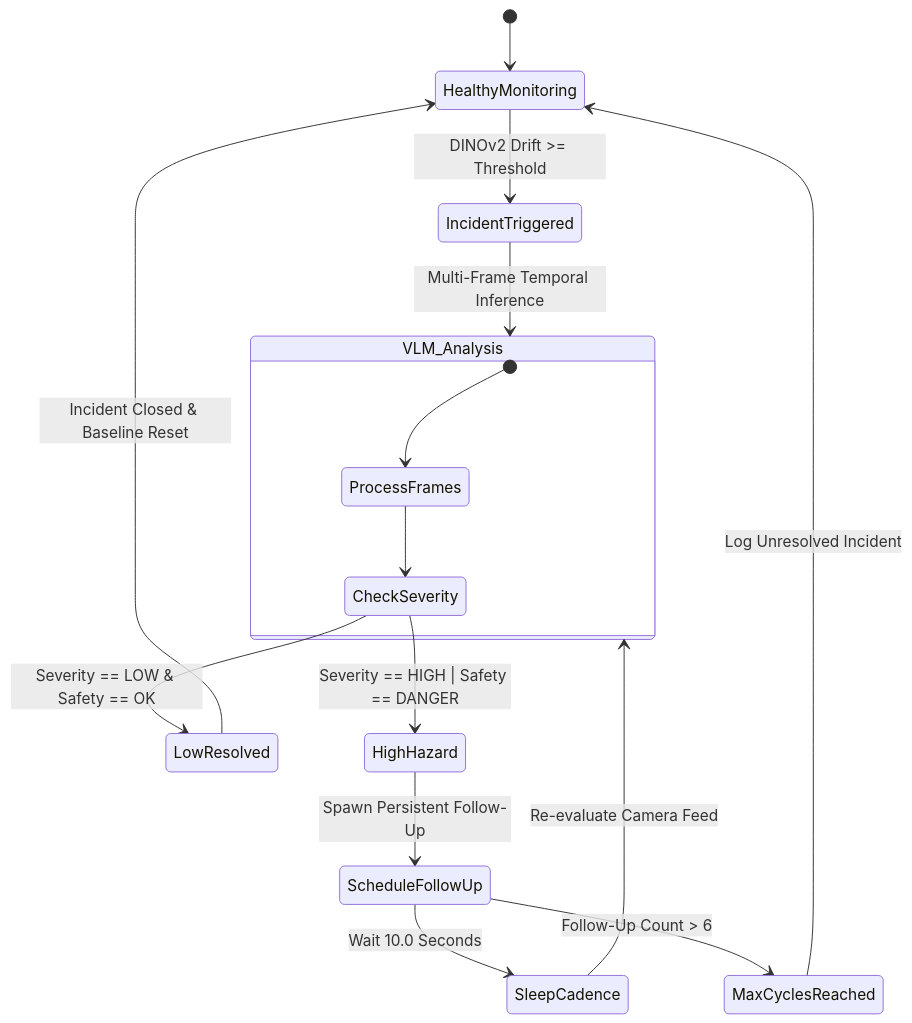
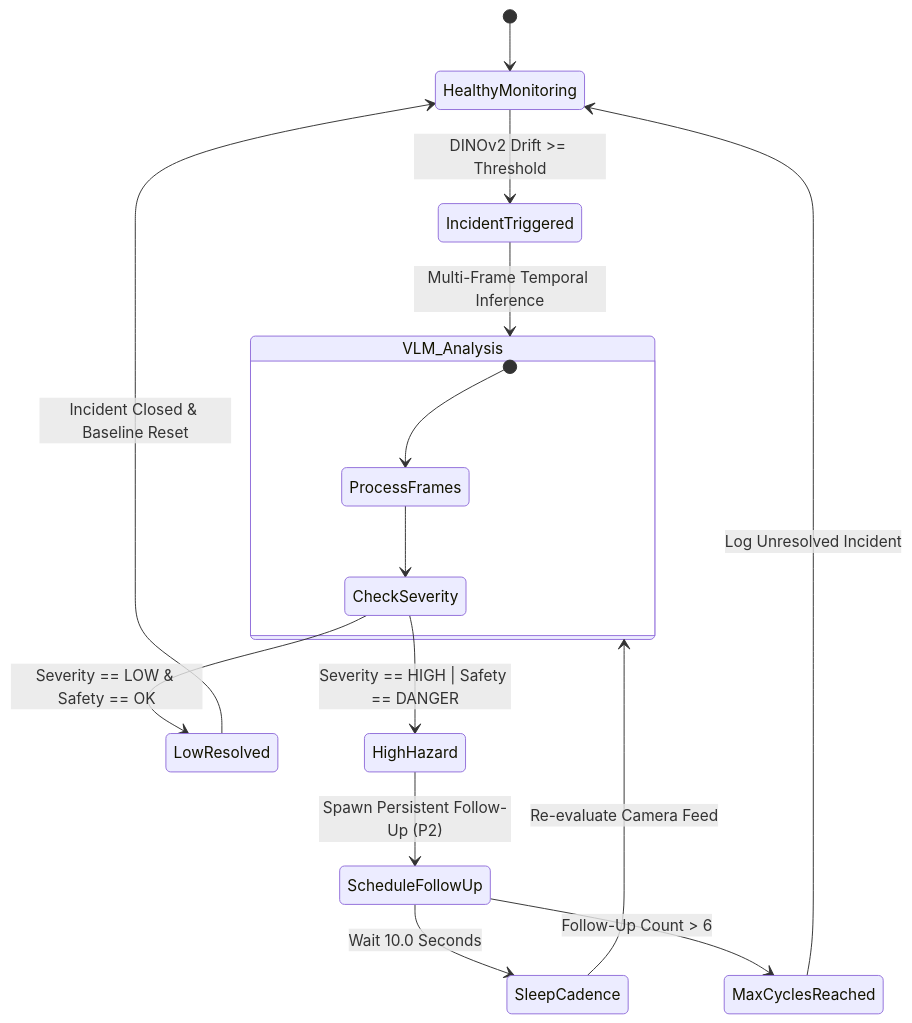
Before and after one commit to kaushikvarma-create/RapidAlert: the second of 2 diagrams in docs/technical_deep_dive.md, drawn with Mermaid. The commit also changed other lines of this file and 1 other file, not shown here.

Commit message:
docs: expand README and technical deepdive with two-tier priority queuing architecture, MIG load balancing, and performance telemetry

````diff
--- a/docs/technical_deep_dive.md
+++ b/docs/technical_deep_dive.md
@@ -227,24 +259,24 @@
 ```mermaid
 stateDiagram-v2
     [*] --> HealthyMonitoring
     HealthyMonitoring --> IncidentTriggered: DINOv2 Drift >= Threshold
     
     IncidentTriggered --> VLM_Analysis: Multi-Frame Temporal Inference
     
     state VLM_Analysis {
         [*] --> ProcessFrames
         ProcessFrames --> CheckSeverity
     }
     
     CheckSeverity --> LowResolved: Severity == LOW & Safety == OK
     CheckSeverity --> HighHazard: Severity == HIGH | Safety == DANGER
     
     LowResolved --> HealthyMonitoring: Incident Closed & Baseline Reset
-    HighHazard --> ScheduleFollowUp: Spawn Persistent Follow-Up
+    HighHazard --> ScheduleFollowUp: Spawn Persistent Follow-Up (P2)
     
     ScheduleFollowUp --> SleepCadence: Wait 10.0 Seconds
     SleepCadence --> VLM_Analysis: Re-evaluate Camera Feed
     
     ScheduleFollowUp --> MaxCyclesReached: Follow-Up Count > 6
     MaxCyclesReached --> HealthyMonitoring: Log Unresolved Incident
 ```
````
